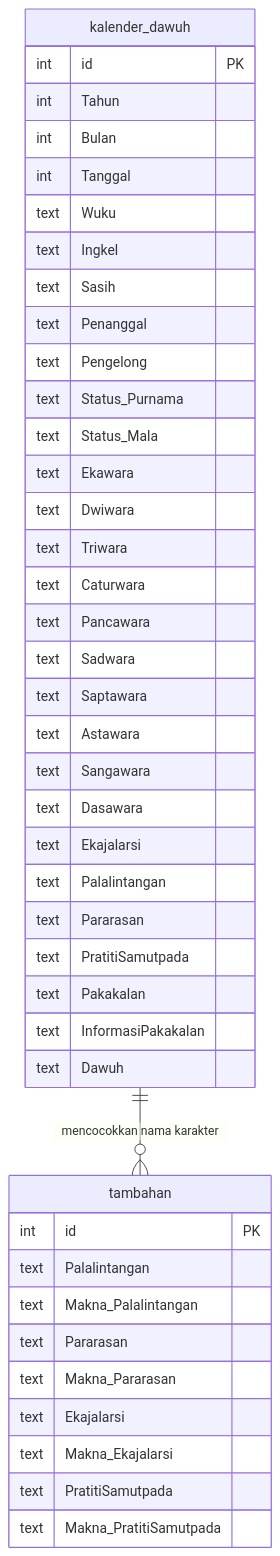
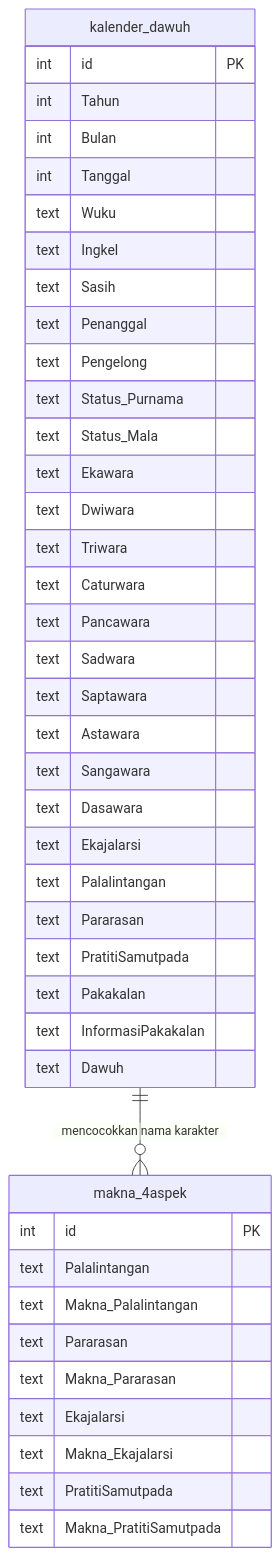
The diagram in docs/ARSITEKTUR_DATABASE.md (Adittt11/kalender_wariga), drawn with Mermaid before and after one commit. The commit also changed other lines of this file and 4 other files, not shown here.

Commit message:
docs: add system and database architecture documentation, create initial frontend dashboard, and implement kalender_service backend module.

````diff
--- a/docs/ARSITEKTUR_DATABASE.md
+++ b/docs/ARSITEKTUR_DATABASE.md
@@ -37,47 +37,47 @@
 ```mermaid
 erDiagram
     kalender_dawuh {
         int id PK
         int Tahun
         int Bulan
         int Tanggal
         text Wuku
         text Ingkel
         text Sasih
         text Penanggal
         text Pengelong
         text Status_Purnama
         text Status_Mala
         text Ekawara
         text Dwiwara
         text Triwara
         text Caturwara
         text Pancawara
         text Sadwara
         text Saptawara
         text Astawara
         text Sangawara
         text Dasawara
         text Ekajalarsi
         text Palalintangan
         text Pararasan
         text PratitiSamutpada
         text Pakakalan
         text InformasiPakakalan
         text Dawuh
     }
 
-    tambahan {
+    makna_4aspek {
         int id PK
         text Palalintangan
         text Makna_Palalintangan
         text Pararasan
         text Makna_Pararasan
         text Ekajalarsi
         text Makna_Ekajalarsi
         text PratitiSamutpada
         text Makna_PratitiSamutpada
     }
 
-    kalender_dawuh ||--o{ tambahan : "mencocokkan nama karakter"
+    kalender_dawuh ||--o{ makna_4aspek : "mencocokkan nama karakter"
 ```
````
